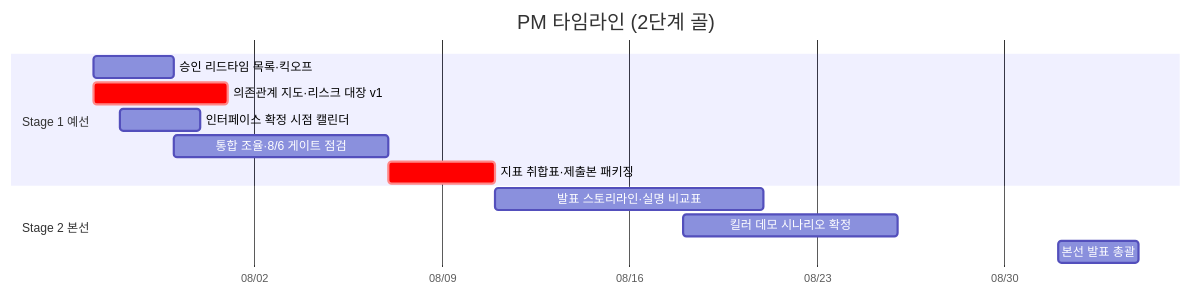
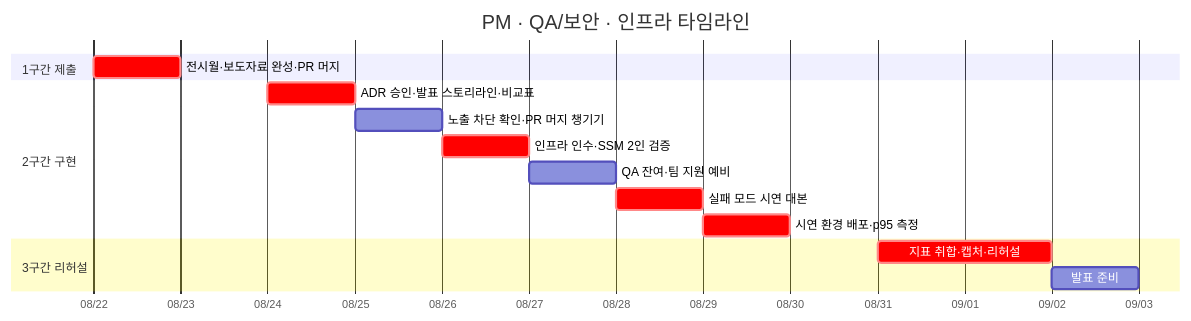
One commit to team-savers/savers-project changed the diagram in docs/역할_일정/01-기획총괄.md. Above: the diagram before and after it, drawn with Mermaid. The commit also changed other lines of this file and 31 other files, not shown here.

````diff
--- a/docs/역할_일정/01-기획총괄.md
+++ b/docs/역할_일정/01-기획총괄.md
@@ -7,16 +20,18 @@
 ```mermaid
 gantt
-    title PM 타임라인 (2단계 골)
+    title PM · QA/보안 · 인프라 타임라인
     dateFormat YYYY-MM-DD
     axisFormat %m/%d
-    section Stage 1 예선
-    승인 리드타임 목록·킥오프     :2026-07-27, 3d
-    의존관계 지도·리스크 대장 v1  :crit, 2026-07-27, 5d
-    인터페이스 확정 시점 캘린더   :2026-07-28, 3d
-    통합 조율·8/6 게이트 점검    :2026-07-30, 8d
-    지표 취합표·제출본 패키징     :crit, 2026-08-07, 4d
-    section Stage 2 본선
-    발표 스토리라인·실명 비교표   :2026-08-11, 10d
-    킬러 데모 시나리오 확정      :2026-08-18, 8d
-    본선 발표 총괄               :2026-09-01, 3d
+    section 1구간 제출
+    전시월·보도자료 완성·PR 머지   :crit, 2026-08-22, 1d
+    section 2구간 구현
+    ADR 승인·발표 스토리라인·비교표 :crit, 2026-08-24, 1d
+    노출 차단 확인·PR 머지 챙기기  :2026-08-25, 1d
+    인프라 인수·SSM 2인 검증      :crit, 2026-08-26, 1d
+    QA 잔여·팀 지원 예비          :2026-08-27, 1d
+    실패 모드 시연 대본           :crit, 2026-08-28, 1d
+    시연 환경 배포·p95 측정       :crit, 2026-08-29, 1d
+    section 3구간 리허설
+    지표 취합·캡처·리허설         :crit, 2026-08-31, 2d
+    발표 준비                    :2026-09-02, 1d
 ```
````
